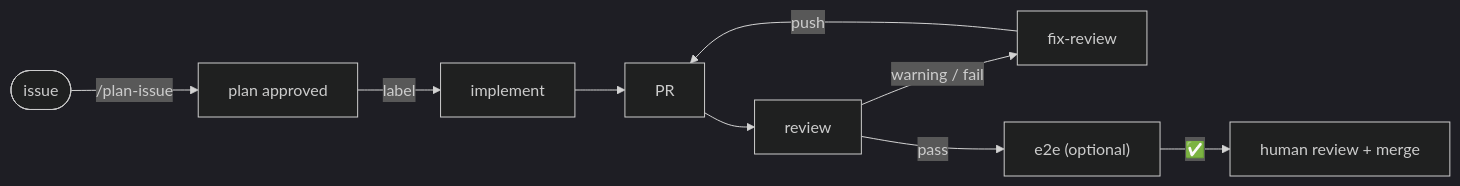
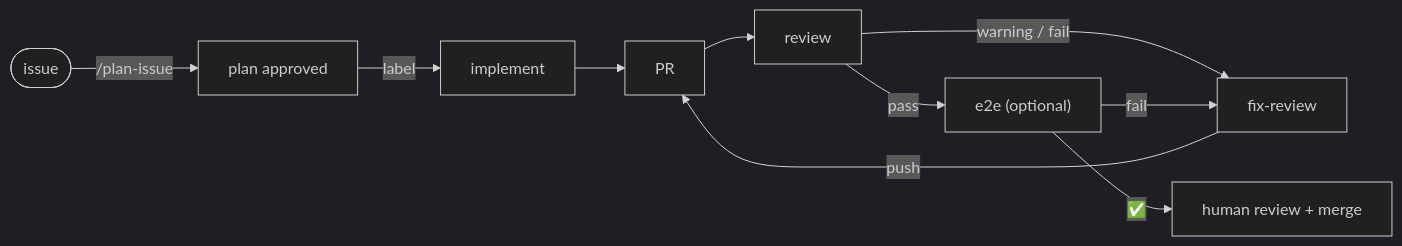
One commit to jmformenti/patufet changed the diagram in README.md. Above: the diagram before and after it, drawn with Mermaid (dark theme).

Commit message:
docs: show in the README diagram that a failed e2e goes back to fix-review

````diff
--- a/README.md
+++ b/README.md
@@ -7,11 +7,12 @@
 ```mermaid
 flowchart LR
     issue([issue]) -->|"/plan-issue"| plan[plan approved]
     plan -->|label| implement
     implement --> pr[PR]
     pr --> review
     review -->|"warning / fail"| fix[fix-review]
     fix -->|push| pr
     review -->|pass| e2e["e2e (optional)"]
+    e2e -->|fail| fix
     e2e -->|✅| human[human review + merge]
 ```
````
